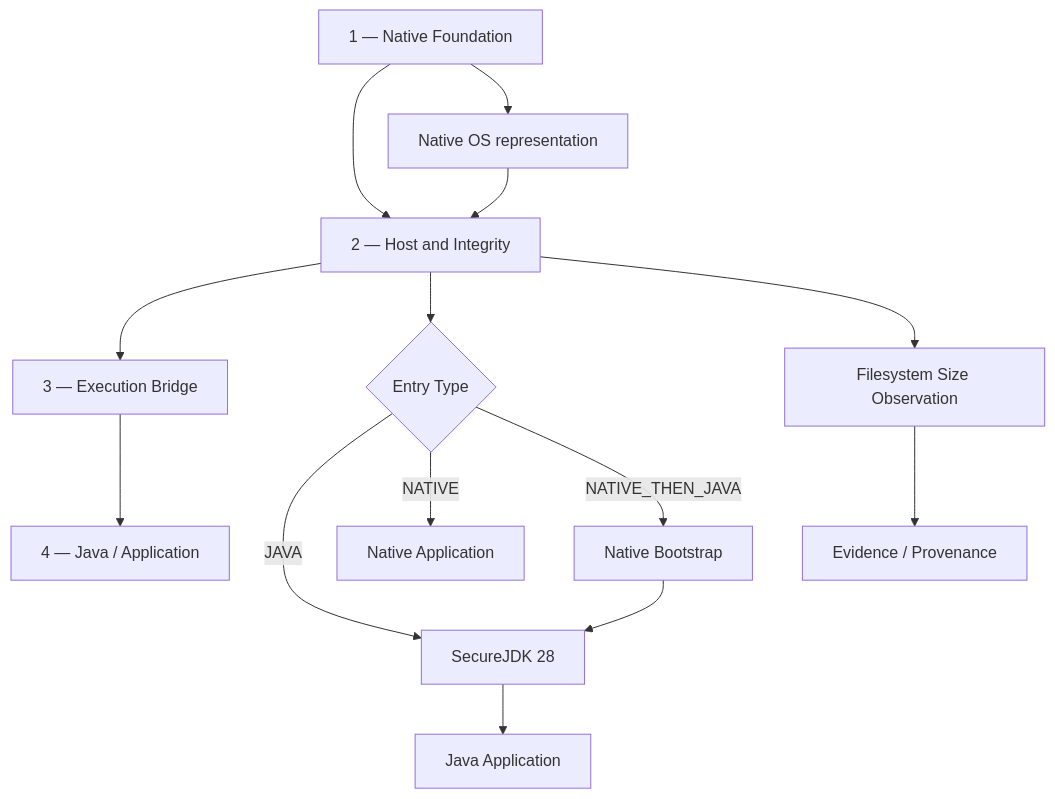
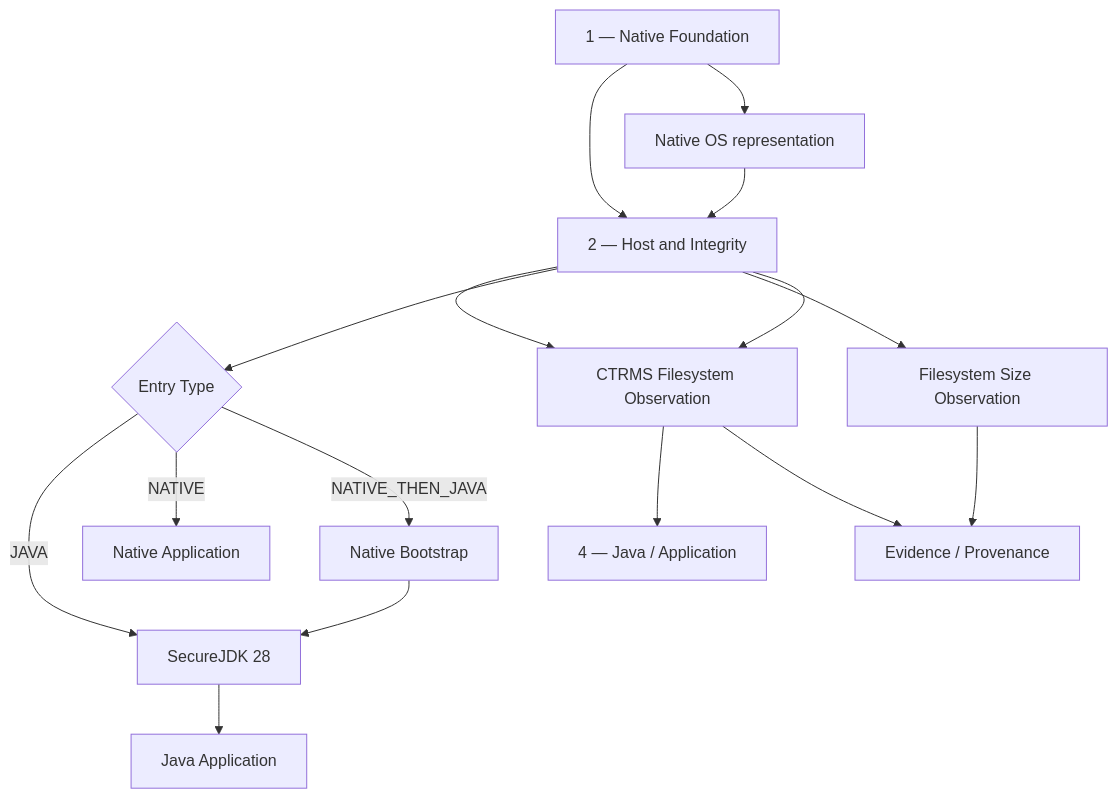
The diagram in ASYSMA-1-2-3-4-2026-08-25.mmd (mearvk/Ubuntu-Determinant-Alpha_RS_r), drawn with Mermaid before and after one commit. The commit also changed other lines of this file, not shown here.

````diff
--- a/ASYSMA-1-2-3-4-2026-08-25.mmd
+++ b/ASYSMA-1-2-3-4-2026-08-25.mmd
@@ -3,15 +3,17 @@
 ```mermaid
 flowchart TD
     A[1 — Native Foundation] --> B[2 — Host and Integrity]
     B --> C[3 — Execution Bridge]
     C --> D[4 — Java / Application]
     A --> N[Native OS representation]
     N --> B
     B --> P{Entry Type}
     P -->|JAVA| J[SecureJDK 28]
     P -->|NATIVE| X[Native Application]
     P -->|NATIVE_THEN_JAVA| T[Native Bootstrap] --> J
     J --> APP[Java Application]
     B --> S[Filesystem Size Observation]
+    B --> C[CTRMS Filesystem Observation]
     S --> I[Evidence / Provenance]
+    C --> I
 ```
````
